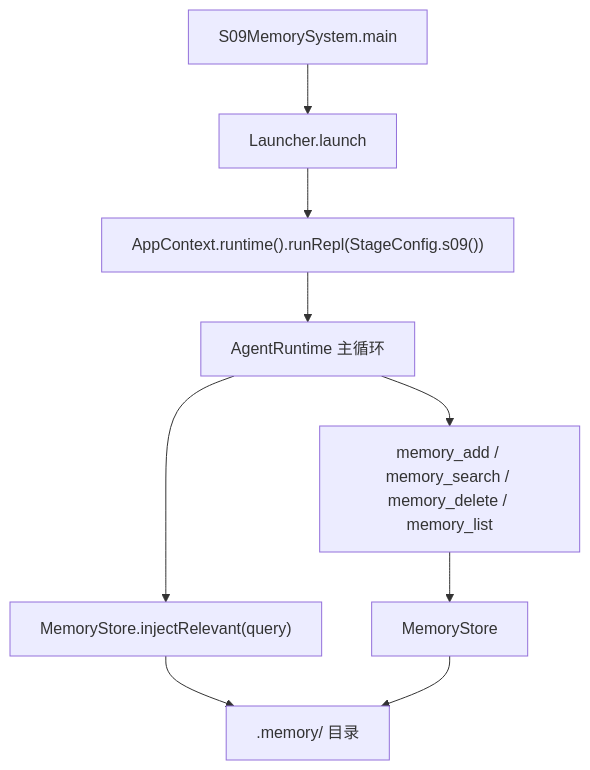
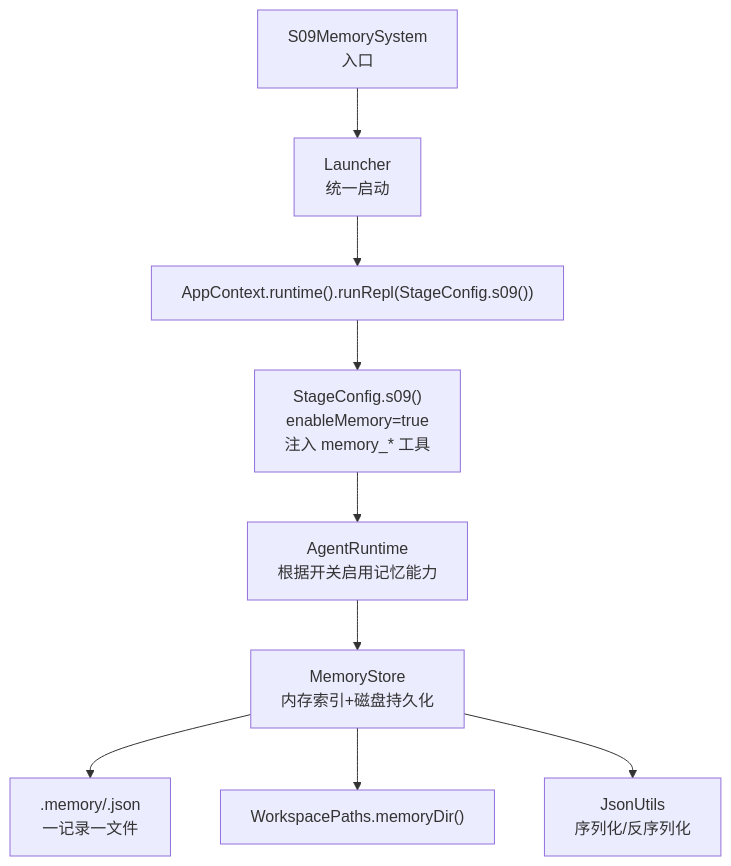
Before and after one commit to chenlds1994/learn-claude-code-java: the first of 7 diagrams in .qoder/repowiki/zh/content/学习阶段详解/S09_ 记忆系统.md, drawn with Mermaid. The commit also changed other lines of this file and 143 other files, not shown here.

First line of the commit message:
更新 repowiki 与 drawio 教程图至 17 阶段结构

````diff
--- a/.qoder/repowiki/zh/content/学习阶段详解/S09_ 记忆系统.md
+++ b/.qoder/repowiki/zh/content/学习阶段详解/S09_ 记忆系统.md
@@ -56,11 +37,11 @@
 ```mermaid
 graph TB
-A["S09MemorySystem.main"] --> B["Launcher.launch"]
+A["S09MemorySystem<br/>入口"] --> B["Launcher<br/>统一启动"]
 B --> C["AppContext.runtime().runRepl(StageConfig.s09())"]
-C --> D["AgentRuntime 主循环"]
-D --> E["MemoryStore.injectRelevant(query)"]
-E --> F[".memory/ 目录"]
-D --> G["memory_add / memory_search / memory_delete / memory_list"]
-G --> H["MemoryStore"]
-H --> F
+C --> D["StageConfig.s09()<br/>enableMemory=true<br/>注入 memory_* 工具"]
+D --> E["AgentRuntime<br/>根据开关启用记忆能力"]
+E --> F["MemoryStore<br/>内存索引+磁盘持久化"]
+F --> G[".memory/<id>.json<br/>一记录一文件"]
+F --> H["WorkspacePaths.memoryDir()"]
+F --> I["JsonUtils<br/>序列化/反序列化"]
 ```
````
